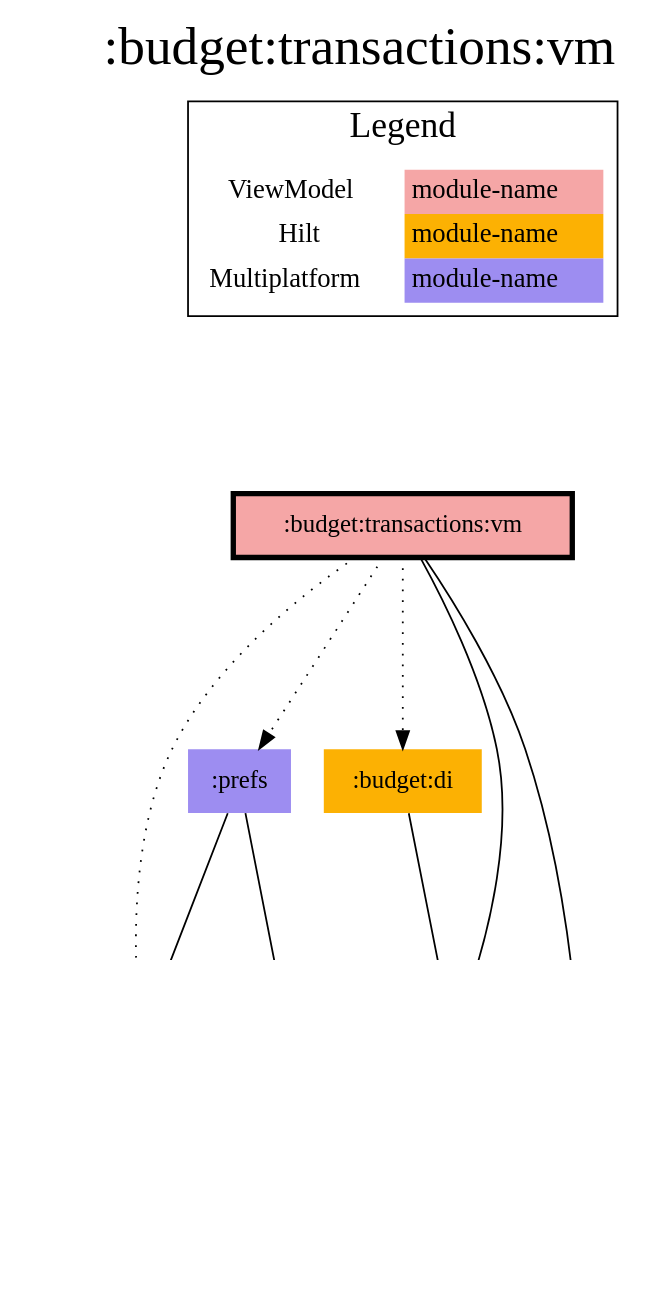
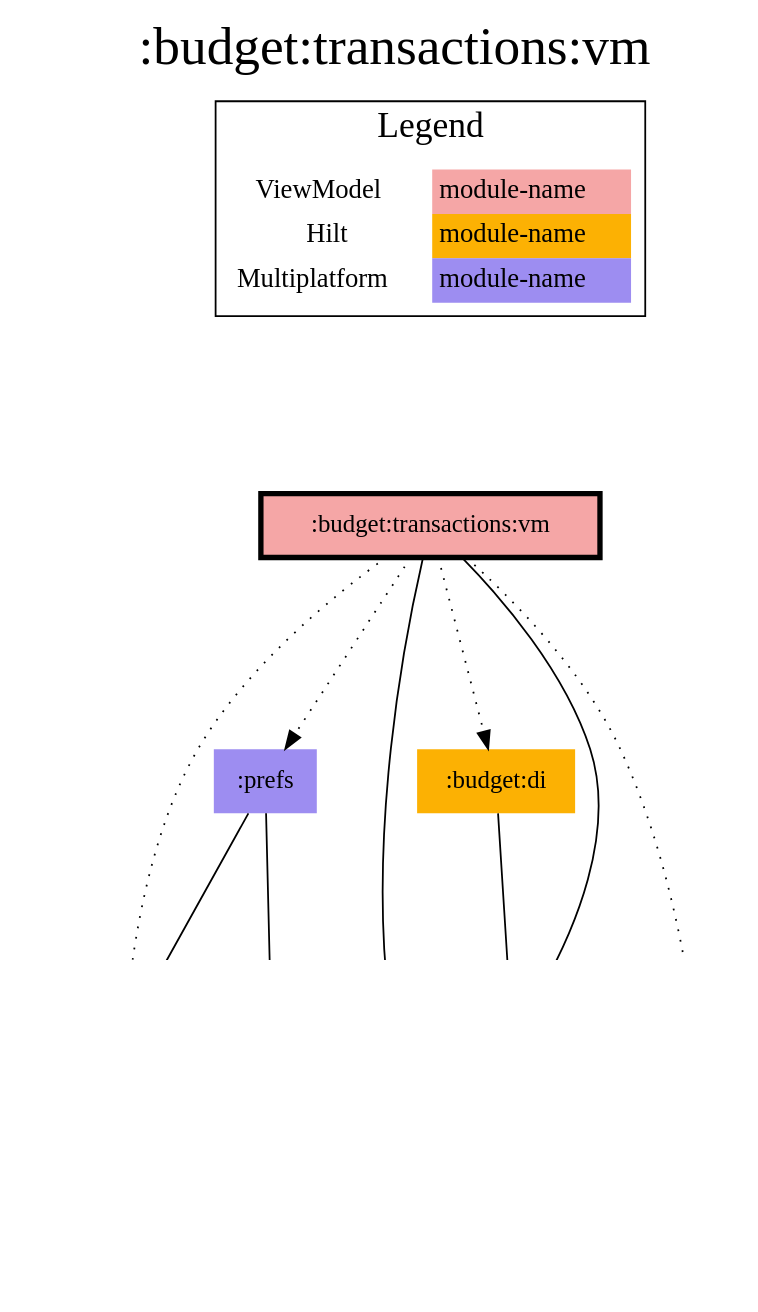
Before and after one commit to jonapoul/aktual: the diagram in modules/budget/transactions/vm/modules.dot, drawn with Graphviz. The commit also changed 102 other files, not shown here.

```diff
--- a/modules/budget/transactions/vm/modules.dot
+++ b/modules/budget/transactions/vm/modules.dot
@@ -1,38 +1,41 @@
 digraph {
 edge ["dir"="forward"]
 graph ["dpi"="100","label"=":budget:transactions:vm","labelloc"="t","fontsize"="30","ranksep"="1.5","rankdir"="TB"]
 node ["style"="filled"]
 ":account:model" ["fillcolor"="#9D8DF1","shape"="none"]
 ":budget:data" ["fillcolor"="#9D8DF1","shape"="none"]
 ":budget:di" ["fillcolor"="#FCB103","shape"="none"]
 ":budget:model" ["fillcolor"="#9D8DF1","shape"="none"]
 ":budget:transactions:vm" ["fillcolor"="#F5A6A6","color"="black","penwidth"="3","shape"="box"]
 ":core:model" ["fillcolor"="#9D8DF1","shape"="none"]
+":logging" ["fillcolor"="#9D8DF1","shape"="none"]
 ":prefs" ["fillcolor"="#9D8DF1","shape"="none"]
 {
 edge ["dir"="none"]
 graph ["rank"="same"]
 ":budget:transactions:vm"
 }
 ":budget:data" -> ":budget:model"
 ":budget:data" -> ":core:model"
+":budget:data" -> ":logging" ["style"="dotted"]
 ":budget:di" -> ":budget:data"
 ":budget:transactions:vm" -> ":account:model" ["style"="dotted"]
 ":budget:transactions:vm" -> ":budget:data"
 ":budget:transactions:vm" -> ":budget:di" ["style"="dotted"]
 ":budget:transactions:vm" -> ":budget:model"
+":budget:transactions:vm" -> ":logging" ["style"="dotted"]
 ":budget:transactions:vm" -> ":prefs" ["style"="dotted"]
 ":prefs" -> ":account:model"
 ":prefs" -> ":core:model"
 subgraph "cluster_legend" {
 edge ["dir"="none"]
 graph ["label"="Legend","fontsize"="20"]
 "Legend" ["style"="filled","fillcolor"="#FFFFFF","shape"="none","margin"="0","fontsize"="15","label"=<
 <TABLE BORDER="0" CELLBORDER="0" CELLSPACING="0" CELLPADDING="4">
 <TR><TD>ViewModel</TD><TD BGCOLOR="#F5A6A6">module-name</TD></TR>
 <TR><TD>Hilt</TD><TD BGCOLOR="#FCB103">module-name</TD></TR>
 <TR><TD>Multiplatform</TD><TD BGCOLOR="#9D8DF1">module-name</TD></TR>
 </TABLE>
 >]
 } -> ":budget:transactions:vm" ["style"="invis"]
 }
```
